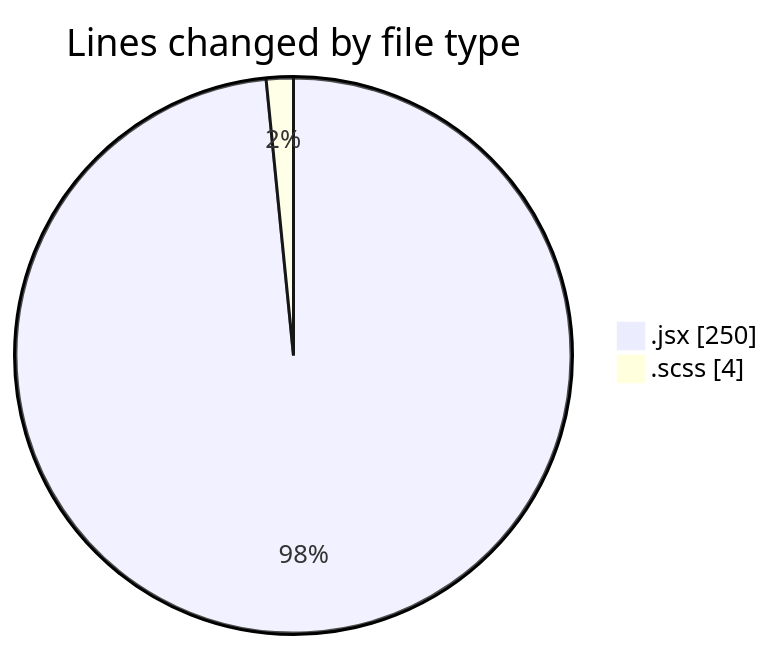
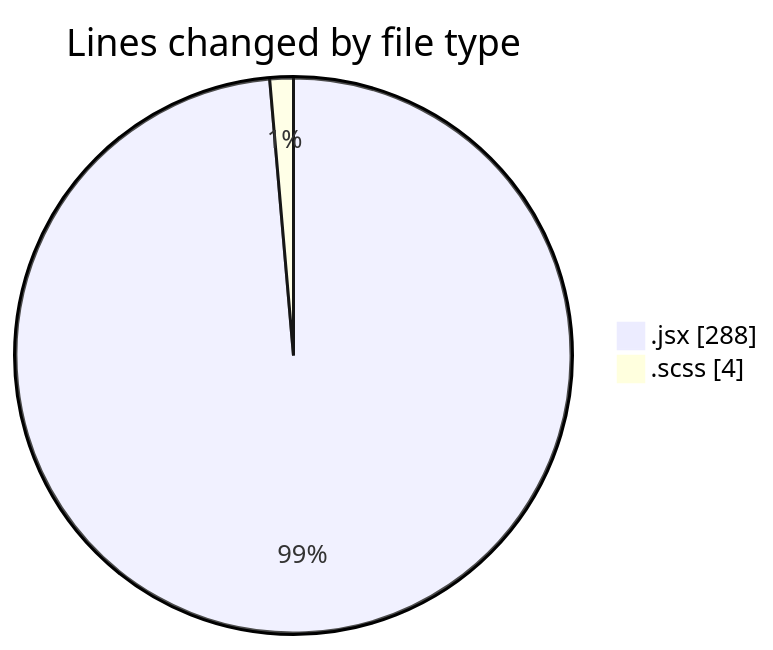
The first of 2 diagrams in 2025-06-04/cda/README.md (momahboobian/code-tracking), drawn with Mermaid before and after one commit. The commit also changed other lines of this file and 1 other file, not shown here.

````diff
--- a/2025-06-04/cda/README.md
+++ b/2025-06-04/cda/README.md
@@ -22,6 +22,6 @@
 ```mermaid
 pie showData
 title Lines changed by file type
-".jsx" : 250
+".jsx" : 288
 ".scss" : 4
 ```
````
